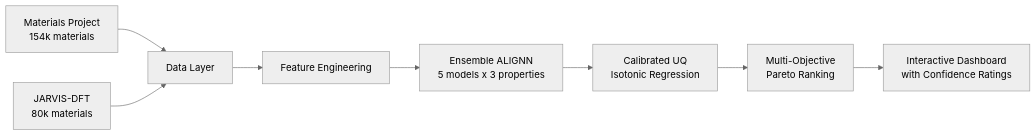
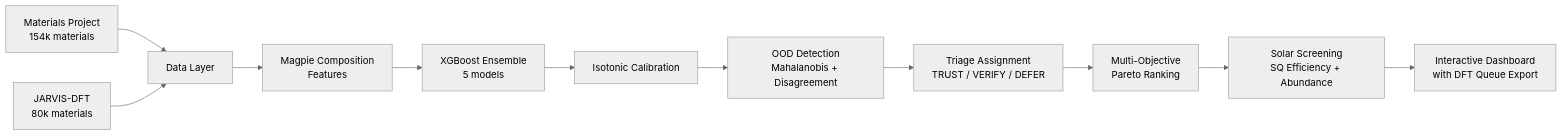
The diagram in README.md (michaelmillar/matscreen), drawn with Mermaid (neutral theme) before and after one commit. The commit also changed other lines of this file and 27 other files, not shown here.

First line of the commit message:
Reposition as reliability-first solar absorber triage engine

````diff
--- a/README.md
+++ b/README.md
@@ -38,10 +65,13 @@
 ```mermaid
 graph LR
     A[Materials Project\n154k materials] --> D[Data Layer]
     B[JARVIS-DFT\n80k materials] --> D
-    D --> E[Feature Engineering]
-    E --> F[Ensemble ALIGNN\n5 models x 3 properties]
-    F --> G[Calibrated UQ\nIsotonic Regression]
-    G --> H[Multi-Objective\nPareto Ranking]
-    H --> I[Interactive Dashboard\nwith Confidence Ratings]
+    D --> E[Magpie Composition\nFeatures]
+    E --> F[XGBoost Ensemble\n5 models]
+    F --> G[Isotonic Calibration]
+    G --> H[OOD Detection\nMahalanobis + Disagreement]
+    H --> I[Triage Assignment\nTRUST / VERIFY / DEFER]
+    I --> J[Multi-Objective\nPareto Ranking]
+    J --> K[Solar Screening\nSQ Efficiency + Abundance]
+    K --> L[Interactive Dashboard\nwith DFT Queue Export]
 ```
````
